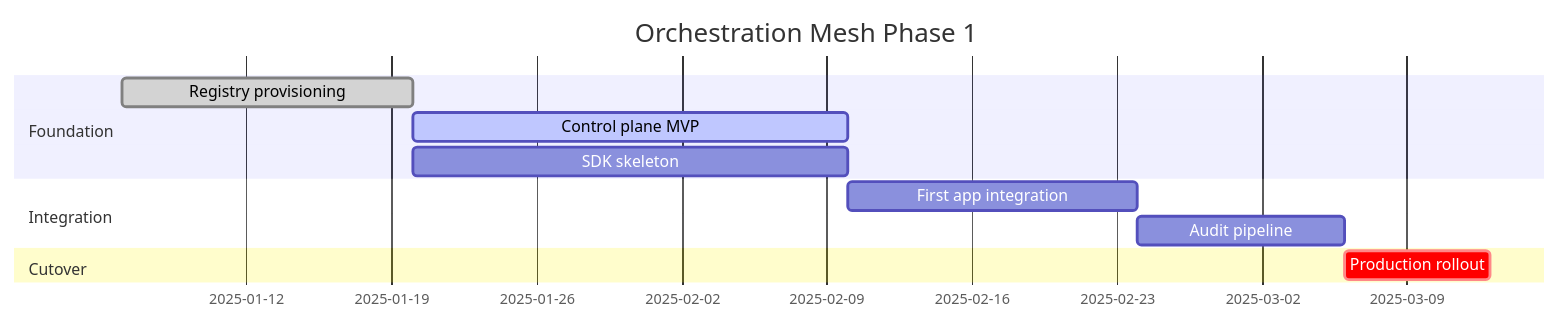
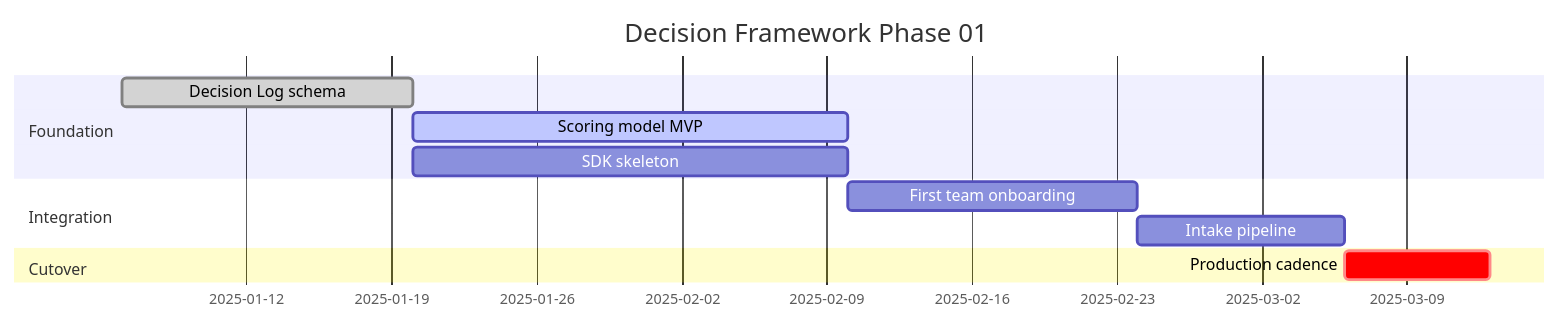
Before and after one commit to SlideWright/lattice: the seventh of 25 diagrams in lib/components/diagram/diagram/diagram.gallery.md, drawn with Mermaid. The commit also changed other lines of this file and 81 other files, not shown here.

````diff
--- a/lib/components/diagram/diagram/diagram.gallery.md
+++ b/lib/components/diagram/diagram/diagram.gallery.md
@@ -226,14 +226,14 @@
 ```mermaid
 gantt
-  title Orchestration Mesh Phase 1
+  title Decision Framework Phase 01
   dateFormat YYYY-MM-DD
   section Foundation
-    Registry provisioning :done,   reg,   2025-01-06, 14d
-    Control plane MVP     :active, cp,    after reg, 21d
+    Decision Log schema   :done,   reg,   2025-01-06, 14d
+    Scoring model MVP     :active, cp,    after reg, 21d
     SDK skeleton          :        sdk,   after reg, 21d
   section Integration
-    First app integration :        int1,  after cp, 14d
-    Audit pipeline        :        audit, after int1, 10d
+    First team onboarding :        int1,  after cp, 14d
+    Intake pipeline       :        audit, after int1, 10d
   section Cutover
-    Production rollout    :crit,   roll,  after audit, 7d
+    Production cadence    :crit,   roll,  after audit, 7d
 ```
````
